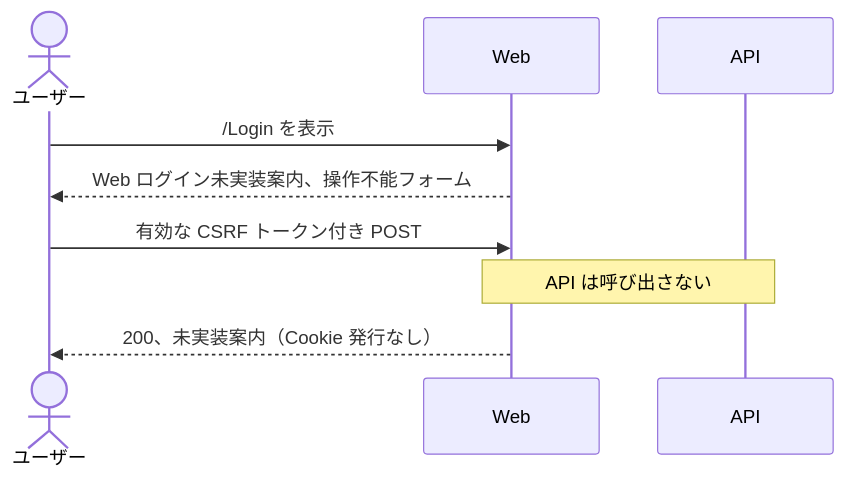
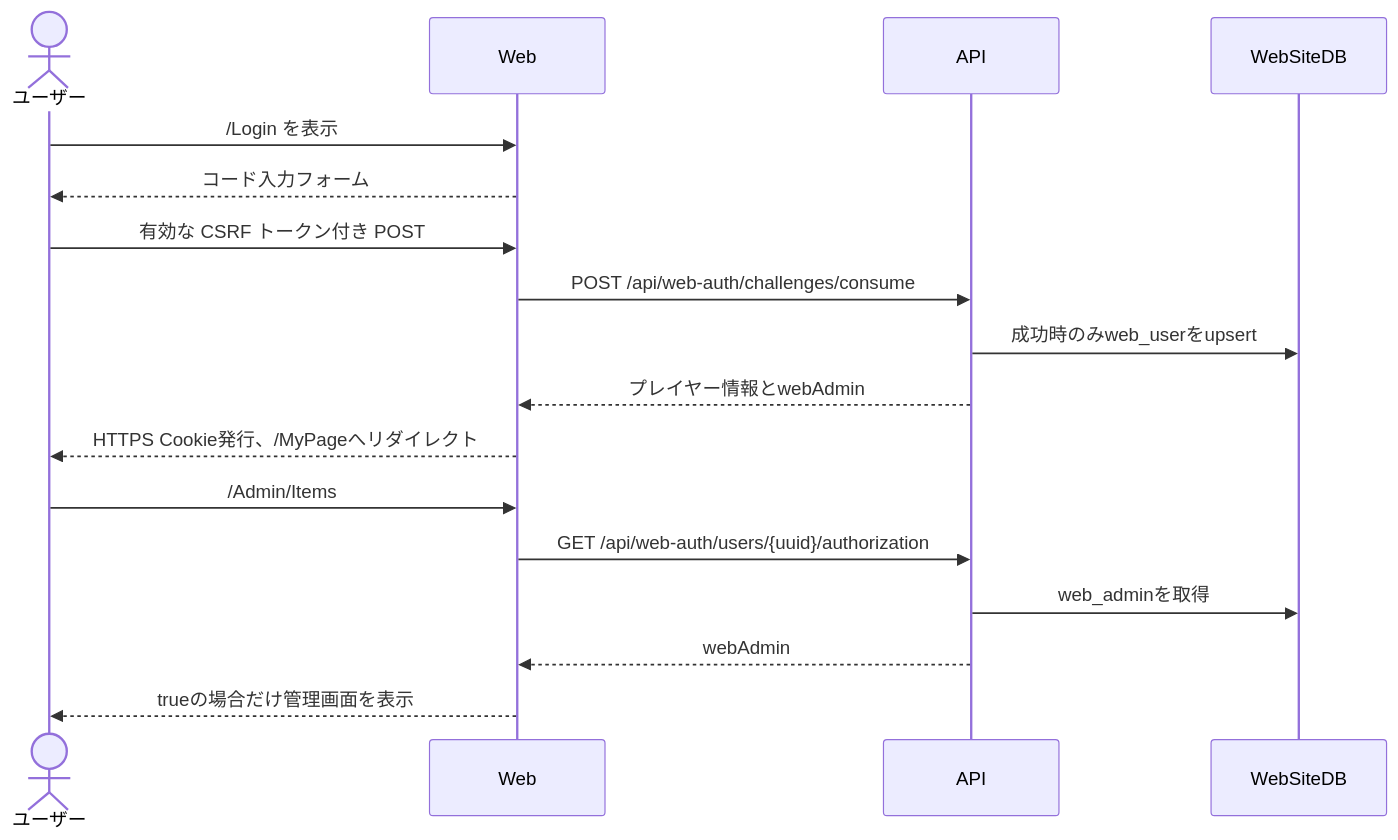
The diagram in 00_docs/30_WEB設計書/feature/01-web-auth/4-統合フロー/01_4.00-統合フロー.md (maaasu/AstralRecord-Workspace), drawn with Mermaid before and after one commit. The commit also changed other lines of this file and 57 other files, not shown here.

````diff
--- a/00_docs/30_WEB設計書/feature/01-web-auth/4-統合フロー/01_4.00-統合フロー.md
+++ b/00_docs/30_WEB設計書/feature/01-web-auth/4-統合フロー/01_4.00-統合フロー.md
@@ -3,11 +3,19 @@
 ```mermaid
 sequenceDiagram
     actor User as ユーザー
     participant Web
     participant API
+    participant WebSiteDB
     User->>Web: /Login を表示
-    Web-->>User: Web ログイン未実装案内、操作不能フォーム
+    Web-->>User: コード入力フォーム
     User->>Web: 有効な CSRF トークン付き POST
-    Note over Web,API: API は呼び出さない
-    Web-->>User: 200、未実装案内（Cookie 発行なし）
+    Web->>API: POST /api/web-auth/challenges/consume
+    API->>WebSiteDB: 成功時のみweb_userをupsert
+    API-->>Web: プレイヤー情報とwebAdmin
+    Web-->>User: HTTPS Cookie発行、/MyPageへリダイレクト
+    User->>Web: /Admin/Items
+    Web->>API: GET /api/web-auth/users/{uuid}/authorization
+    API->>WebSiteDB: web_adminを取得
+    API-->>Web: webAdmin
+    Web-->>User: trueの場合だけ管理画面を表示
 ```
````
